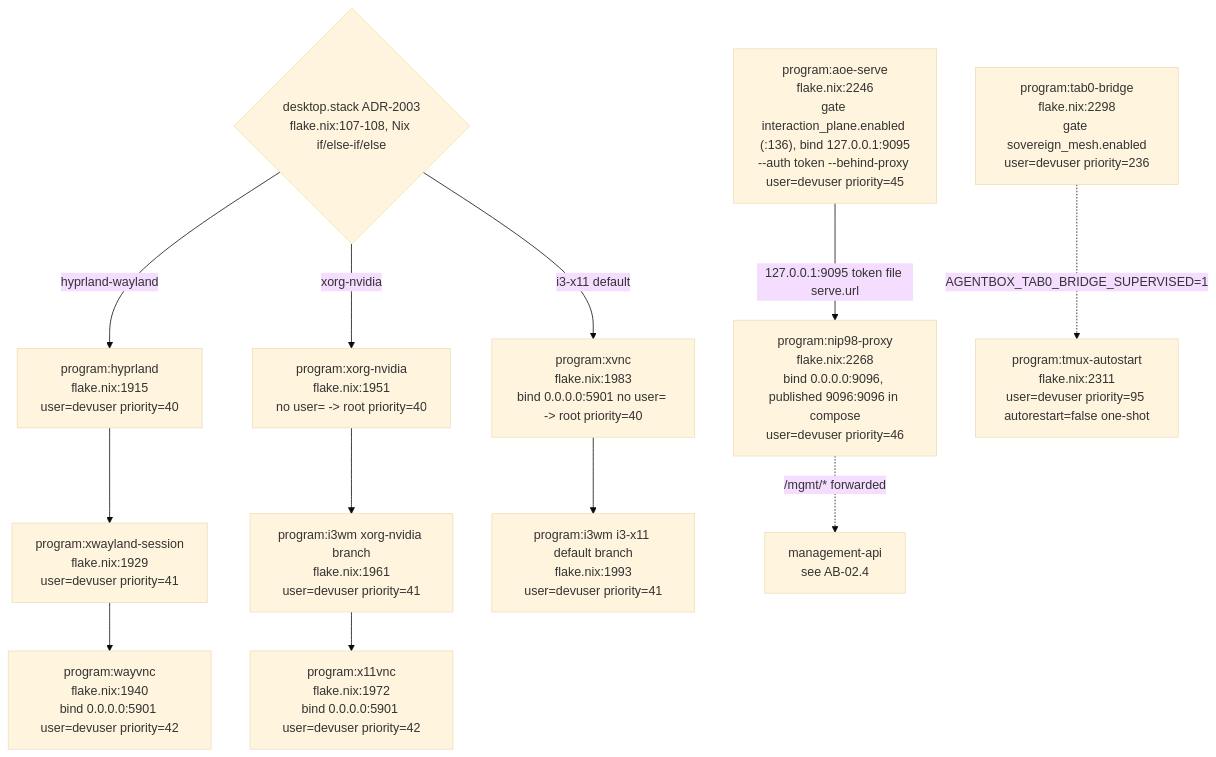
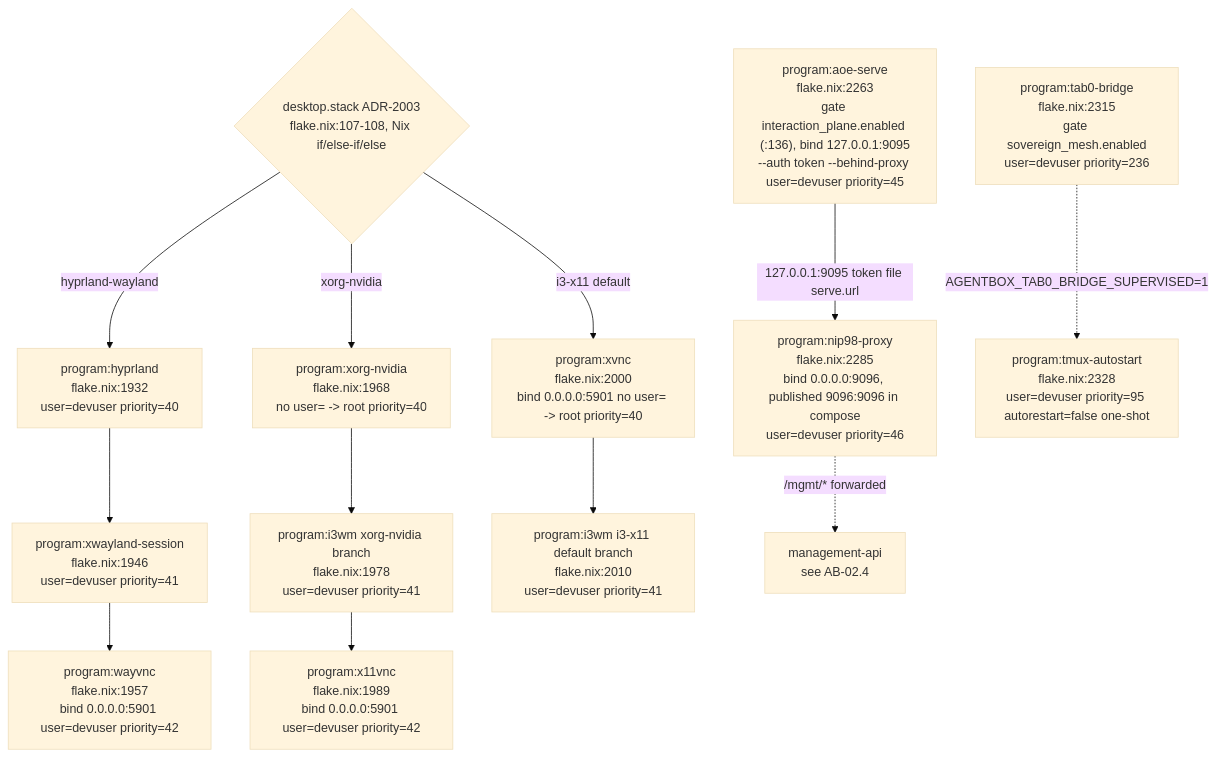
One commit to DreamLab-AI/AR-AI-Knowledge-Graph changed the seventh of 18 diagrams in docs/diagrams/agentbox/02-boot-sequence-and-readiness.md. Above: the diagram before and after it, drawn with Mermaid (base theme). The commit also changed other lines of this file and 73 other files, not shown here.

First line of the commit message:
docs(diagrams): re-verify all 71 topic files against HEAD; add --cite-check

````diff
--- a/docs/diagrams/agentbox/02-boot-sequence-and-readiness.md
+++ b/docs/diagrams/agentbox/02-boot-sequence-and-readiness.md
@@ -238,23 +238,23 @@
 ```mermaid
 flowchart TB
     GATESTACK{"desktop.stack ADR-2003<br/>flake.nix:107-108, Nix if/else-if/else"}
-    HYPR["program:hyprland<br/>flake.nix:1915<br/>user=devuser priority=40"]
-    XWAY["program:xwayland-session<br/>flake.nix:1929<br/>user=devuser priority=41"]
-    WAYVNC["program:wayvnc<br/>flake.nix:1940<br/>bind 0.0.0.0:5901 user=devuser priority=42"]
-    XORG["program:xorg-nvidia<br/>flake.nix:1951<br/>no user= -&gt; root priority=40"]
-    I3A["program:i3wm xorg-nvidia branch<br/>flake.nix:1961<br/>user=devuser priority=41"]
-    X11VNC["program:x11vnc<br/>flake.nix:1972<br/>bind 0.0.0.0:5901 user=devuser priority=42"]
-    XVNC["program:xvnc<br/>flake.nix:1983<br/>bind 0.0.0.0:5901 no user= -&gt; root priority=40"]
-    I3B["program:i3wm i3-x11 default branch<br/>flake.nix:1993<br/>user=devuser priority=41"]
-    AOE["program:aoe-serve<br/>flake.nix:2246<br/>gate interaction_plane.enabled (:136), bind 127.0.0.1:9095<br/>--auth token --behind-proxy user=devuser priority=45"]
-    NIP98["program:nip98-proxy<br/>flake.nix:2268<br/>bind 0.0.0.0:9096, published 9096:9096 in compose<br/>user=devuser priority=46"]
-    TAB0["program:tab0-bridge<br/>flake.nix:2298<br/>gate sovereign_mesh.enabled<br/>user=devuser priority=236"]
-    TMUX["program:tmux-autostart<br/>flake.nix:2311<br/>user=devuser priority=95 autorestart=false one-shot"]
+    HYPR["program:hyprland<br/>flake.nix:1932<br/>user=devuser priority=40"]
+    XWAY["program:xwayland-session<br/>flake.nix:1946<br/>user=devuser priority=41"]
+    WAYVNC["program:wayvnc<br/>flake.nix:1957<br/>bind 0.0.0.0:5901 user=devuser priority=42"]
+    XORG["program:xorg-nvidia<br/>flake.nix:1968<br/>no user= -&gt; root priority=40"]
+    I3A["program:i3wm xorg-nvidia branch<br/>flake.nix:1978<br/>user=devuser priority=41"]
+    X11VNC["program:x11vnc<br/>flake.nix:1989<br/>bind 0.0.0.0:5901 user=devuser priority=42"]
+    XVNC["program:xvnc<br/>flake.nix:2000<br/>bind 0.0.0.0:5901 no user= -&gt; root priority=40"]
+    I3B["program:i3wm i3-x11 default branch<br/>flake.nix:2010<br/>user=devuser priority=41"]
+    AOE["program:aoe-serve<br/>flake.nix:2263<br/>gate interaction_plane.enabled (:136), bind 127.0.0.1:9095<br/>--auth token --behind-proxy user=devuser priority=45"]
+    NIP98["program:nip98-proxy<br/>flake.nix:2285<br/>bind 0.0.0.0:9096, published 9096:9096 in compose<br/>user=devuser priority=46"]
+    TAB0["program:tab0-bridge<br/>flake.nix:2315<br/>gate sovereign_mesh.enabled<br/>user=devuser priority=236"]
+    TMUX["program:tmux-autostart<br/>flake.nix:2328<br/>user=devuser priority=95 autorestart=false one-shot"]
 
     GATESTACK -->|"hyprland-wayland"| HYPR --> XWAY --> WAYVNC
     GATESTACK -->|"xorg-nvidia"| XORG --> I3A --> X11VNC
     GATESTACK -->|"i3-x11 default"| XVNC --> I3B
     AOE -->|"127.0.0.1:9095 token file serve.url"| NIP98
     NIP98 -.->|"/mgmt/* forwarded"| MGMTREF["management-api<br/>see AB-02.4"]
     TAB0 -.->|"AGENTBOX_TAB0_BRIDGE_SUPERVISED=1"| TMUX
 ```
````
